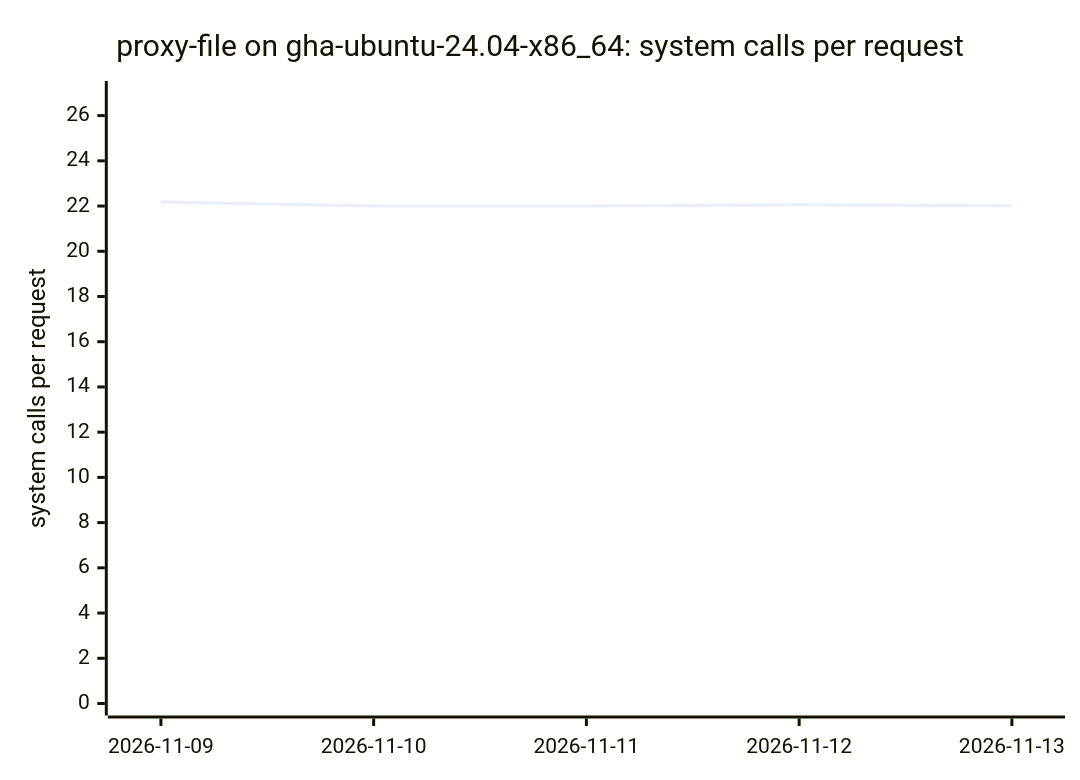
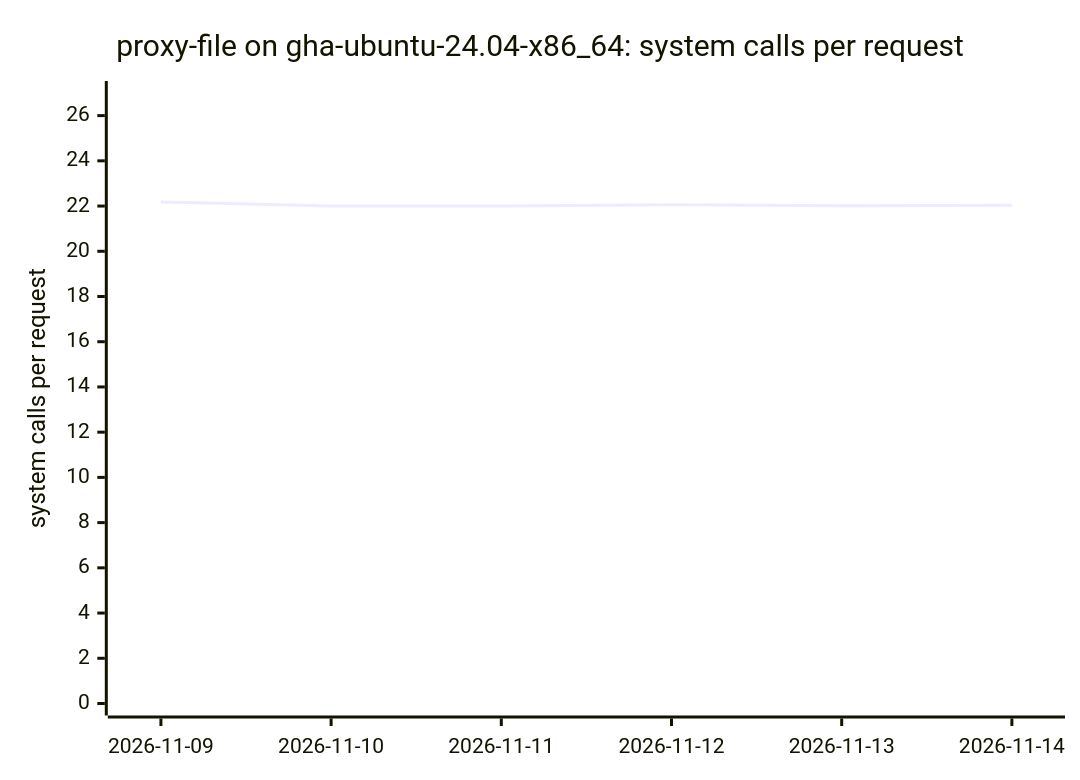
Before and after one commit to ThePixelPilgrim/durchlauferhitzer: diagram 16 of 18 in BENCHMARKS.md, drawn with Mermaid. The commit also changed other lines of this file and 1 other file, not shown here.

````diff
--- a/BENCHMARKS.md
+++ b/BENCHMARKS.md
@@ -178,7 +178,7 @@
 ```mermaid
 xychart-beta
   title "proxy-file on gha-ubuntu-24.04-x86_64: system calls per request"
-  x-axis ["2026-11-09", "2026-11-10", "2026-11-11", "2026-11-12", "2026-11-13"]
+  x-axis ["2026-11-09", "2026-11-10", "2026-11-11", "2026-11-12", "2026-11-13", "2026-11-14"]
   y-axis "system calls per request" 0 --> 27
-  line [22.18, 22.00, 22.00, 22.06, 22.01]
+  line [22.18, 22.00, 22.00, 22.06, 22.01, 22.04]
 ```
````
